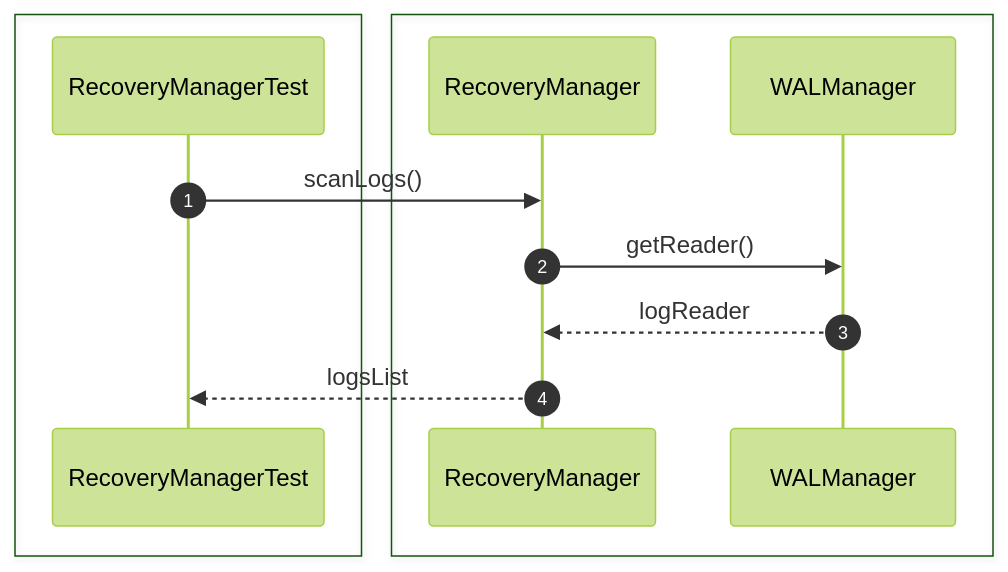
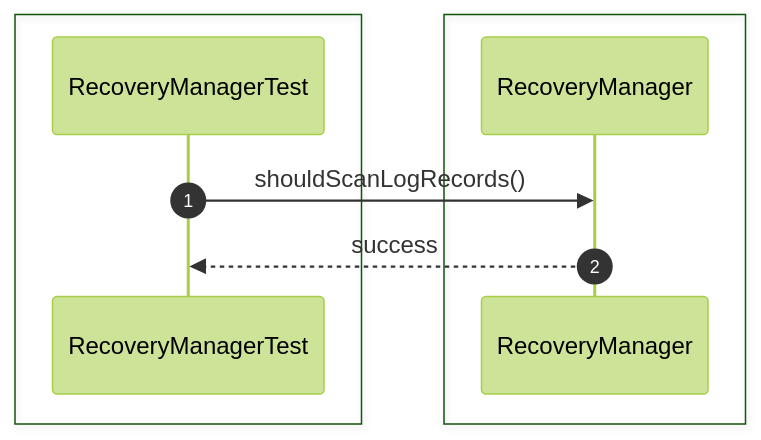
One commit to Huy1801214/dbms-architecture changed diagram 15 of 28 in src/sequence/recovery.md. Above: the diagram before and after it, drawn with Mermaid (forest theme). The commit also changed other lines of this file and 68 other files, not shown here.

Commit message:
implement comprehensive unit test suite and architectural sequence documentation

````diff
--- a/src/sequence/recovery.md
+++ b/src/sequence/recovery.md
@@ -257,17 +218,13 @@
 ```mermaid
 sequenceDiagram
     autonumber
-
     box #e1f5fe Test Suite
     participant Test as RecoveryManagerTest
     end
-    box #ffebee Recovery Components
-    participant Recovery as RecoveryManager
-    participant WAL as WALManager
+    box #ffebee RecoveryManager Component
+    participant RM as RecoveryManager
     end
 
-    Test->>Recovery: scanLogs()
-    Recovery->>WAL: getReader()
-    WAL-->>Recovery: logReader
-    Recovery-->>Test: logsList
+    Test->>RM: shouldScanLogRecords()
+    RM-->>Test: success
 ```
````
